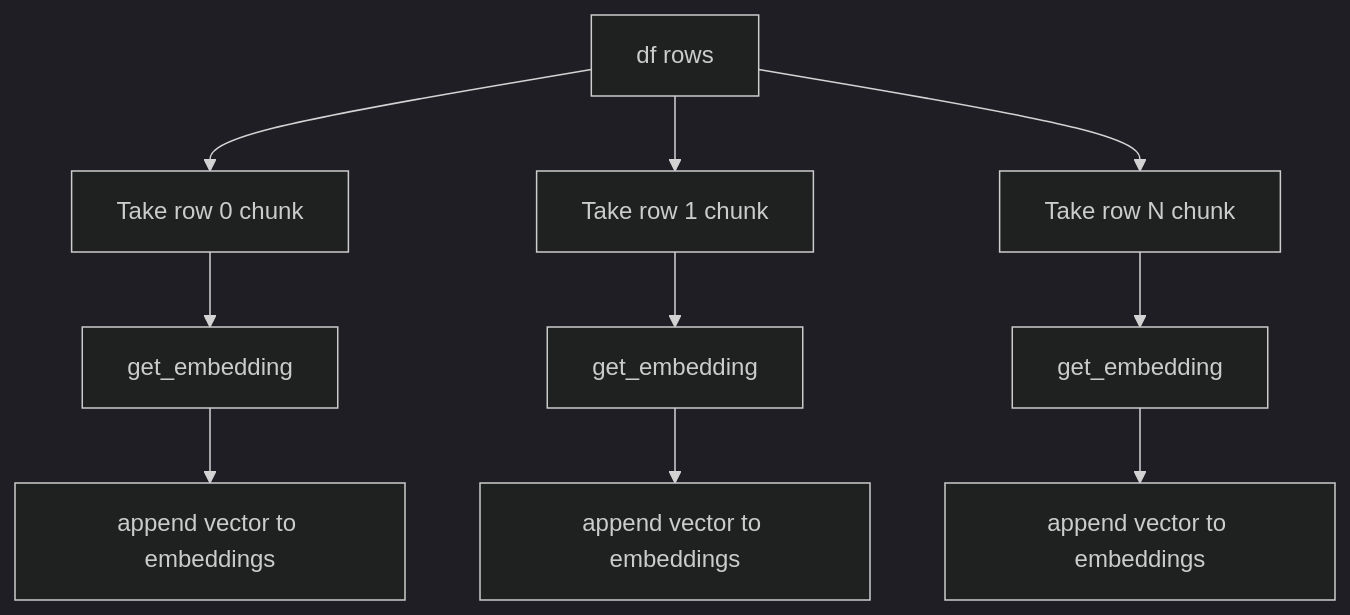
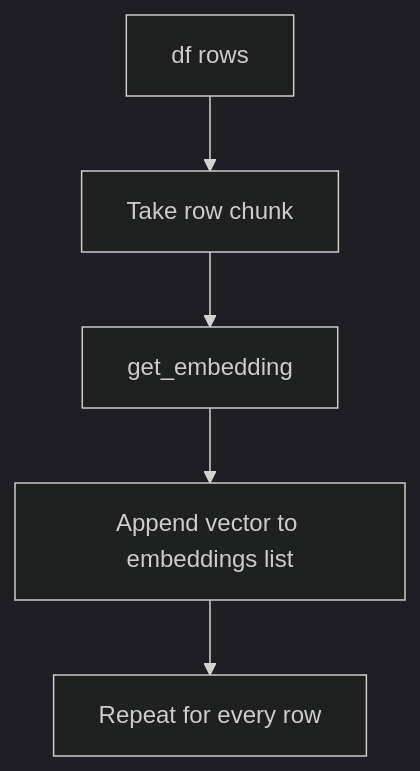
Before and after one commit to moslemajra85/knowlege_base_rag: the seventh of 14 diagrams in README.md, drawn with Mermaid (dark theme). The commit also changed other lines of this file, not shown here.

````diff
--- a/README.md
+++ b/README.md
@@ -387,14 +367,7 @@
 ```mermaid
 flowchart TD
-    A[df rows] --> B[Take row 0 chunk]
+    A[df rows] --> B[Take row chunk]
     B --> C[get_embedding]
-    C --> D[append vector to embeddings]
-
-    A --> E[Take row 1 chunk]
-    E --> F[get_embedding]
-    F --> G[append vector to embeddings]
-
-    A --> H[Take row N chunk]
-    H --> I[get_embedding]
-    I --> J[append vector to embeddings]
+    C --> D[Append vector to embeddings list]
+    D --> E[Repeat for every row]
 ```
````
